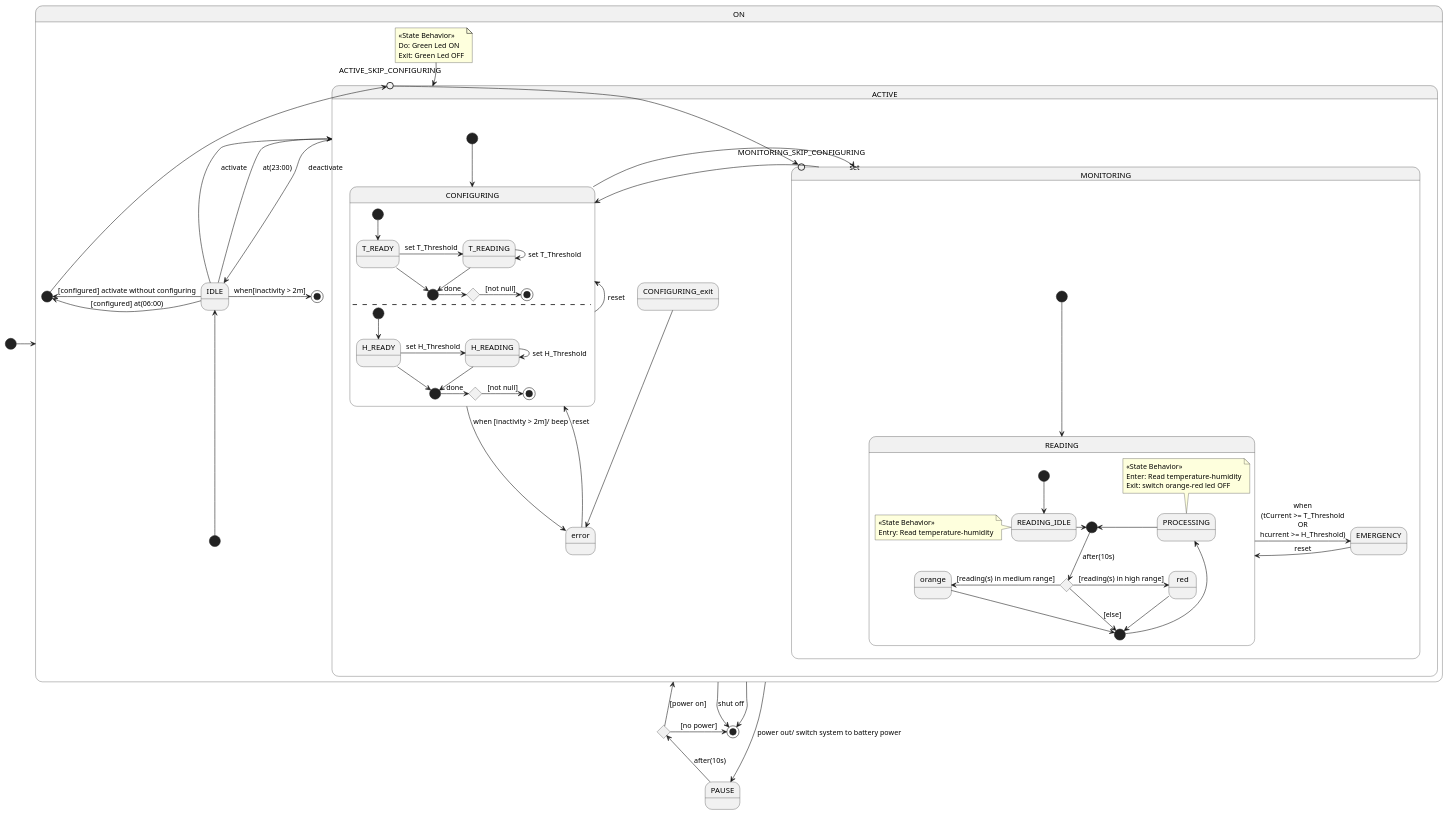
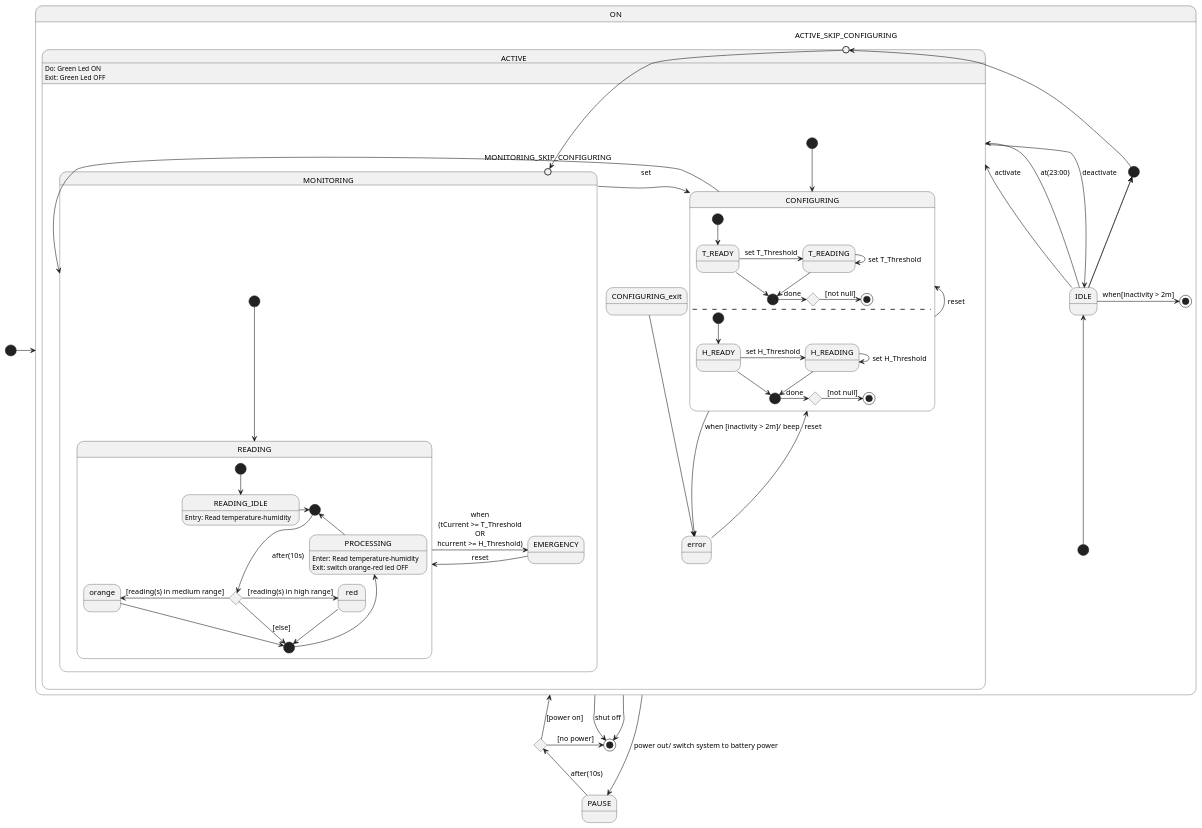
One commit to sfhelmet/Converter changed the diagram in resources/PUML/temp_hum.puml. Above: the diagram before and after it, drawn with PlantUML. The commit also changed 3 other files, not shown here.

```diff
--- a/resources/PUML/temp_hum.puml
+++ b/resources/PUML/temp_hum.puml
@@ -1,96 +1,90 @@
 @startuml "Temperature and Humidity Detector"
 state ON {
-    note "<<State Behavior>>\nDo: Green Led ON\nExit: Green Led OFF" as N_ACTIVE
     state IDLE
     state ACTIVE {
         state error
         state ACTIVE_SKIP_CONFIGURING <<entryPoint>>
         state CONFIGURING {
             state T_READY
             state T_READING
             state j4 <<start>>
             state c3 <<choice>>
 
             [*] --> T_READY
             T_READY -> T_READING: set T_Threshold
             T_READY --> j4
             T_READING -> T_READING: set T_Threshold
             T_READING --> j4
             j4 -> c3: done
             c3 -> [*]: [not null]
             --
             state H_READY
             state H_READING
             state j5 <<start>>
             state c4 <<choice>>
 
             [*] --> H_READY
             H_READY -> H_READING: set H_Threshold
             H_READY --> j5
             H_READING -> H_READING: set H_Threshold
             H_READING --> j5
             j5 -> c4: done
             c4 -> [*]: [not null]
         }
-        ' ACTIVE: <<State Behavior>>\nDo: Green Led ON\nExit: Green Led OFF
+        ACTIVE: Do: Green Led ON\nExit: Green Led OFF
         state MONITORING {
             state MONITORING_SKIP_CONFIGURING <<entryPoint>>
             state READING {
-                note "<<State Behavior>>\nEntry: Read temperature-humidity" AS N_READING_IDLE
-                note "<<State Behavior>>\nEnter: Read temperature-humidity\nExit: switch orange-red led OFF" AS N_PROCESSING
                 state j2 <<start>>
                 state j3 <<start>>
                 state c2 <<choice>>
-                state READING_IDLE
-                state PROCESSING
+                state READING_IDLE: Entry: Read temperature-humidity
+                state PROCESSING: Enter: Read temperature-humidity\nExit: switch orange-red led OFF
 
                 [*] --> READING_IDLE
                 READING_IDLE -> j2
                 PROCESSING -l-> j2
                 j2 --> c2: after(10s)
                 c2 --> j3: [else]
                 c2 -l-> orange: [reading(s) in medium range]
                 c2 -> red: [reading(s) in high range]
                 orange --> j3
                 red --> j3
                 j3 -u-> PROCESSING
-                N_READING_IDLE -> READING_IDLE
-                N_PROCESSING --> PROCESSING
             }
             state EMERGENCY
             [*] --> READING
             READING -> EMERGENCY : when\n(tCurrent >= T_Threshold\nOR\nhcurrent >= H_Threshold)
             EMERGENCY -l-> READING : reset
         }
         CONFIGURING_exit --> error
         ACTIVE_SKIP_CONFIGURING --> MONITORING_SKIP_CONFIGURING
         CONFIGURING --> error: when [inactivity > 2m]/ beep
         error -u-> CONFIGURING: reset
         [*] --> CONFIGURING
         CONFIGURING -l-> CONFIGURING: reset
         CONFIGURING -l-> MONITORING
         MONITORING -> CONFIGURING: set
     }
     state j1 <<start>>
 
-    N_ACTIVE --> ACTIVE
     [*] -u-> IDLE
     IDLE -l-> j1 : [configured] activate without configuring
     IDLE -l-> j1 : [configured] at(06:00)
     IDLE -u-> ACTIVE : activate
     IDLE -u-> ACTIVE : at(23:00)
     ACTIVE --> IDLE : deactivate
     IDLE -> [*] : when[inactivity > 2m]
     j1 -u-> ACTIVE_SKIP_CONFIGURING
 }   
 state PAUSE
 state c1 <<choice>>
 [*] -> ON
 ON -> [*] : shut off
 ON -> [*]
 ON -l-> PAUSE : power out/ switch system to battery power
 PAUSE -u-> c1 : after(10s)
 c1 -u-> ON : [power on]
 c1 -> [*] : [no power]
 
 @enduml
```
